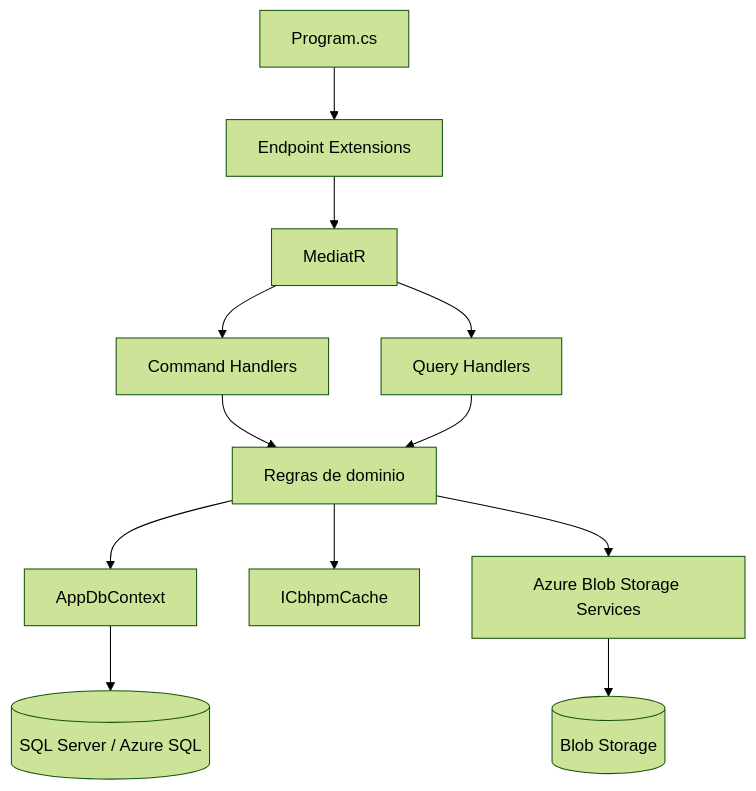
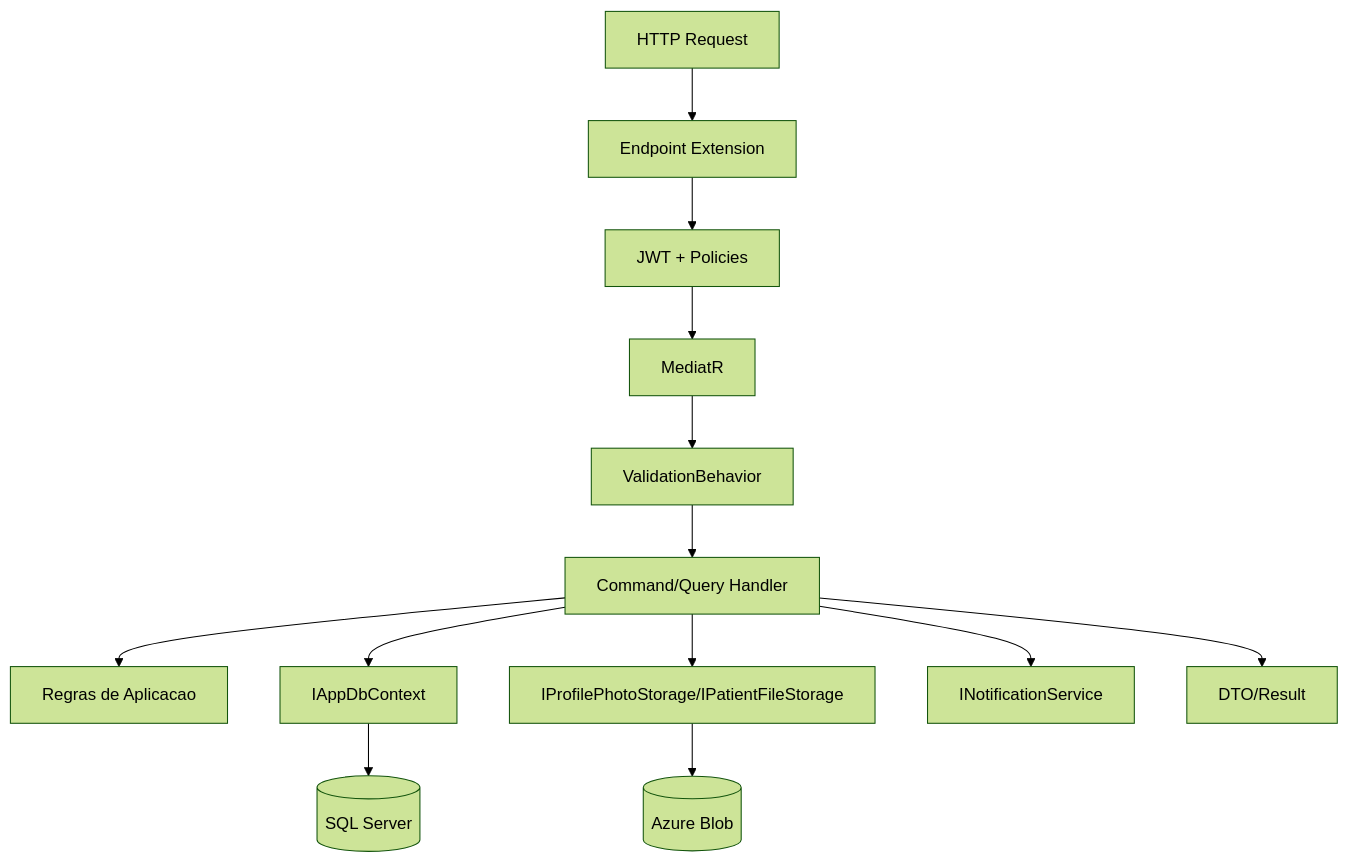
One commit to Hemodinks/hemodinks-api changed the fourth of 8 diagrams in docs/TECHNICAL_DOCUMENTATION.md. Above: the diagram before and after it, drawn with Mermaid (forest theme). The commit also changed other lines of this file and 11 other files, not shown here.

````diff
--- a/docs/TECHNICAL_DOCUMENTATION.md
+++ b/docs/TECHNICAL_DOCUMENTATION.md
@@ -92,14 +153,15 @@
 ```mermaid
 flowchart TB
-    Program[Program.cs] --> Endpoints[Endpoint Extensions]
-    Endpoints --> Mediator[MediatR]
-    Mediator --> Commands[Command Handlers]
-    Mediator --> Queries[Query Handlers]
-    Commands --> Rules[Regras de dominio]
-    Queries --> Rules
-    Rules --> Db[AppDbContext]
-    Rules --> Cache[ICbhpmCache]
-    Rules --> Storage[Azure Blob Storage Services]
-    Db --> Sql[(SQL Server / Azure SQL)]
-    Storage --> Blob[(Blob Storage)]
+    Request[HTTP Request] --> Endpoint[Endpoint Extension]
+    Endpoint --> Auth[JWT + Policies]
+    Auth --> Mediator[MediatR]
+    Mediator --> Validation[ValidationBehavior]
+    Validation --> Handler[Command/Query Handler]
+    Handler --> Rules[Regras de Aplicacao]
+    Handler --> Db[IAppDbContext]
+    Handler --> Storage[IProfilePhotoStorage/IPatientFileStorage]
+    Handler --> Notifications[INotificationService]
+    Db --> Sql[(SQL Server)]
+    Storage --> Blob[(Azure Blob)]
+    Handler --> Response[DTO/Result]
 ```
````
